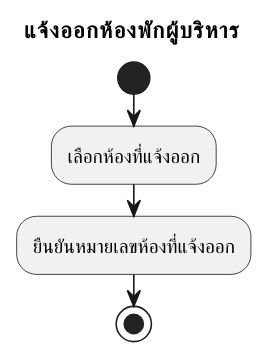
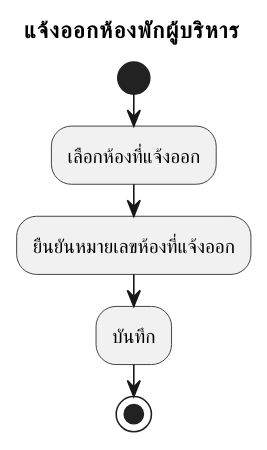
Before and after one commit to cheat13/Prompiman_Diagram: the diagram in activity-diagram/room/deleteexecutive.md, drawn with PlantUML. The commit also changed 19 other files, not shown here.

```diff
--- a/activity-diagram/room/deleteexecutive.md
+++ b/activity-diagram/room/deleteexecutive.md
@@ -1,7 +1,8 @@
 @startuml
 title : แจ้งออกห้องพักผู้บริหาร
 start
 :เลือกห้องที่แจ้งออก;
 :ยืนยันหมายเลขห้องที่แจ้งออก;
+:บันทึก;
 stop
 @enduml
```
